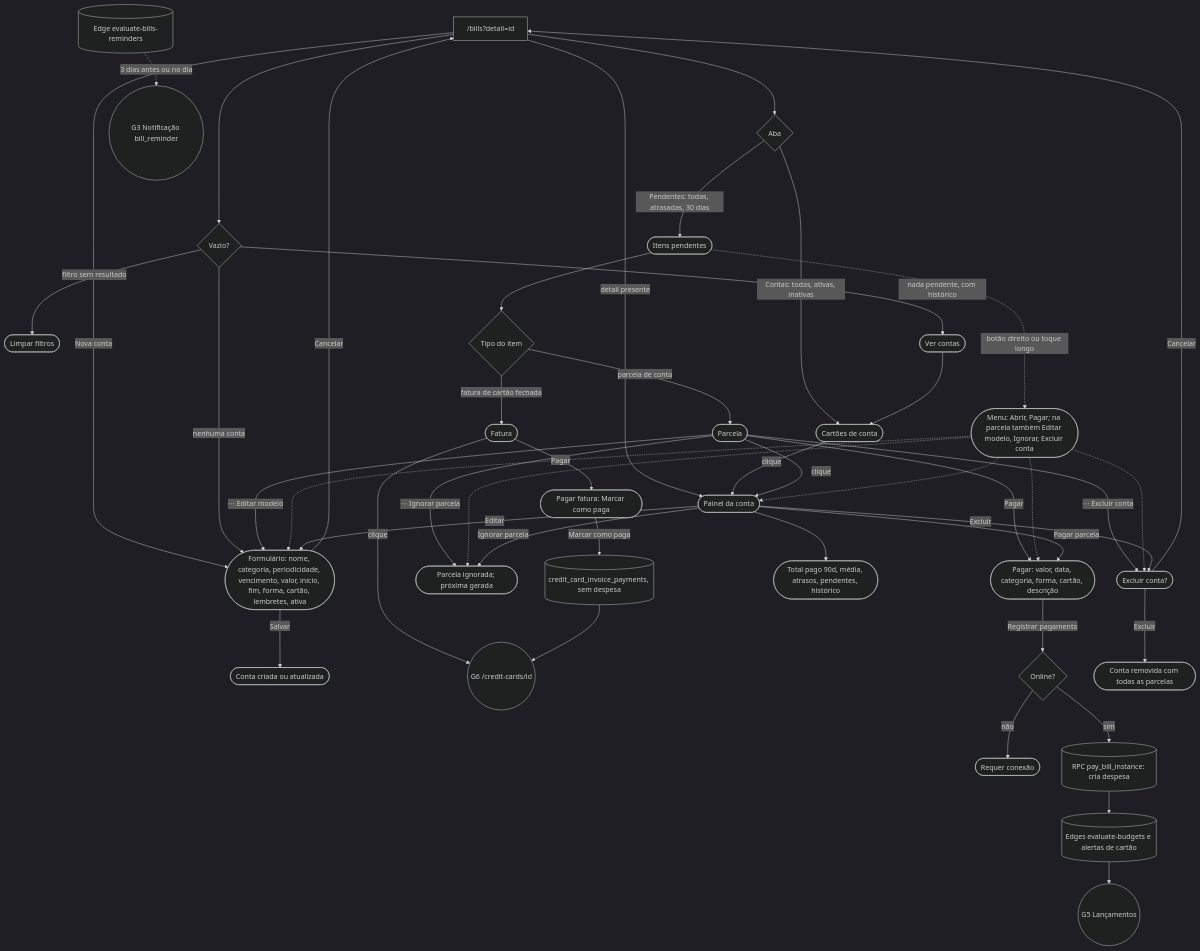
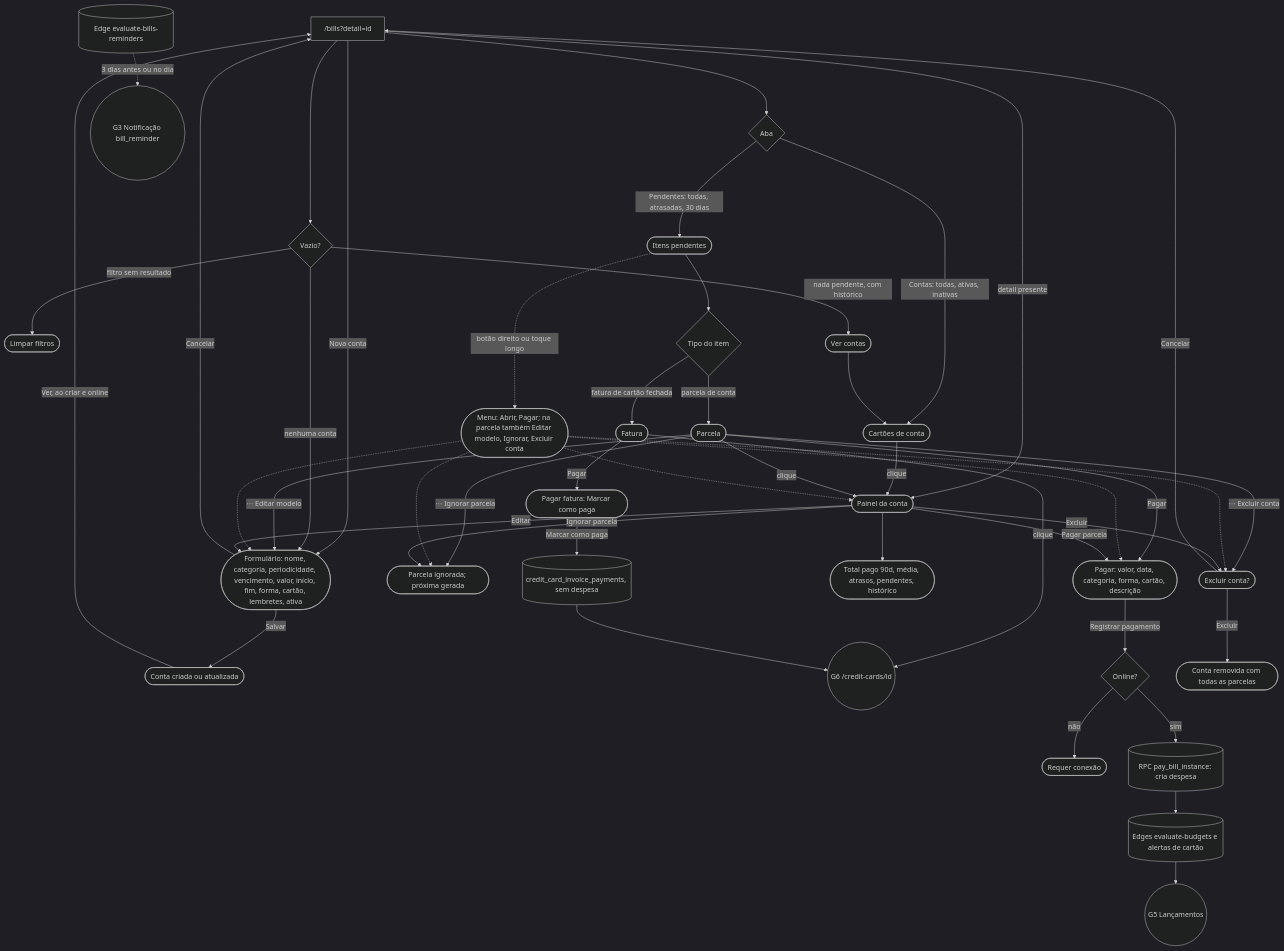
Diagram 11 of 14 in docs/JORNADAS.md (kauax2000/finance_app), drawn with Mermaid before and after one commit. The commit also changed other lines of this file and 41 other files, not shown here.

````diff
--- a/docs/JORNADAS.md
+++ b/docs/JORNADAS.md
@@ -576,52 +581,53 @@
 ```mermaid
 %%{init: {"theme": "dark"}}%%
 flowchart TD
     bills["/bills?detail=id"] -->|"detail presente"| sheet(["Painel da conta"])
     bills --> tabs{"Aba"}
     tabs -->|"Contas: todas, ativas, inativas"| summary(["Cartões de conta"])
     tabs -->|"Pendentes: todas, atrasadas, 30 dias"| pending(["Itens pendentes"])
     bills -->|"Nova conta"| form(["Formulário: nome, categoria, periodicidade, vencimento, valor, início, fim, forma, cartão, lembretes, ativa"])
     form -->|"Salvar"| saved(["Conta criada ou atualizada"])
+    saved -->|"Ver, ao criar e online"| bills
     form -->|"Cancelar"| bills
 
     bills --> empty{"Vazio?"}
     empty -->|"nenhuma conta"| form
     empty -->|"filtro sem resultado"| clear(["Limpar filtros"])
     empty -->|"nada pendente, com histórico"| goContas(["Ver contas"]) --> summary
 
     summary -->|"clique"| sheet
     pending --> kind{"Tipo do item"}
     kind -->|"parcela de conta"| regular(["Parcela"])
     kind -->|"fatura de cartão fechada"| virtual(["Fatura"])
 
     regular -->|"clique"| sheet
     regular -->|"Pagar"| payRegular(["Pagar: valor, data, categoria, forma, cartão, descrição"])
     regular -->|"⋯ Editar modelo"| form
     regular -->|"⋯ Ignorar parcela"| skip(["Parcela ignorada; próxima gerada"])
     regular -->|"⋯ Excluir conta"| del(["Excluir conta?"])
 
     virtual -->|"clique"| G6(("G6 /credit-cards/id"))
     virtual -->|"Pagar"| payVirtual(["Pagar fatura: Marcar como paga"])
     pending -.->|"botão direito ou toque longo"| billMenu(["Menu: Abrir, Pagar; na parcela também Editar modelo, Ignorar, Excluir conta"])
     billMenu -.-> sheet
     billMenu -.-> payRegular
     billMenu -.-> form
     billMenu -.-> skip
     billMenu -.-> del
 
     sheet -->|"Pagar parcela"| payRegular
     sheet -->|"Editar"| form
     sheet -->|"Excluir"| del
     sheet -->|"Ignorar parcela"| skip
     sheet --> stats(["Total pago 90d, média, atrasos, pendentes, histórico"])
 
     payRegular -->|"Registrar pagamento"| online{"Online?"}
     online -->|"não"| needNet(["Requer conexão"])
     online -->|"sim"| payRpc[("RPC pay_bill_instance: cria despesa")]
     payRpc --> alerts[("Edges evaluate-budgets e alertas de cartão")] --> G5(("G5 Lançamentos"))
     payVirtual -->|"Marcar como paga"| invPay[("credit_card_invoice_payments, sem despesa")] --> G6
     del -->|"Excluir"| removed(["Conta removida com todas as parcelas"])
     del -->|"Cancelar"| bills
 
     reminders[("Edge evaluate-bills-reminders")] -.->|"3 dias antes ou no dia"| notif(("G3 Notificação bill_reminder"))
 ```
````
